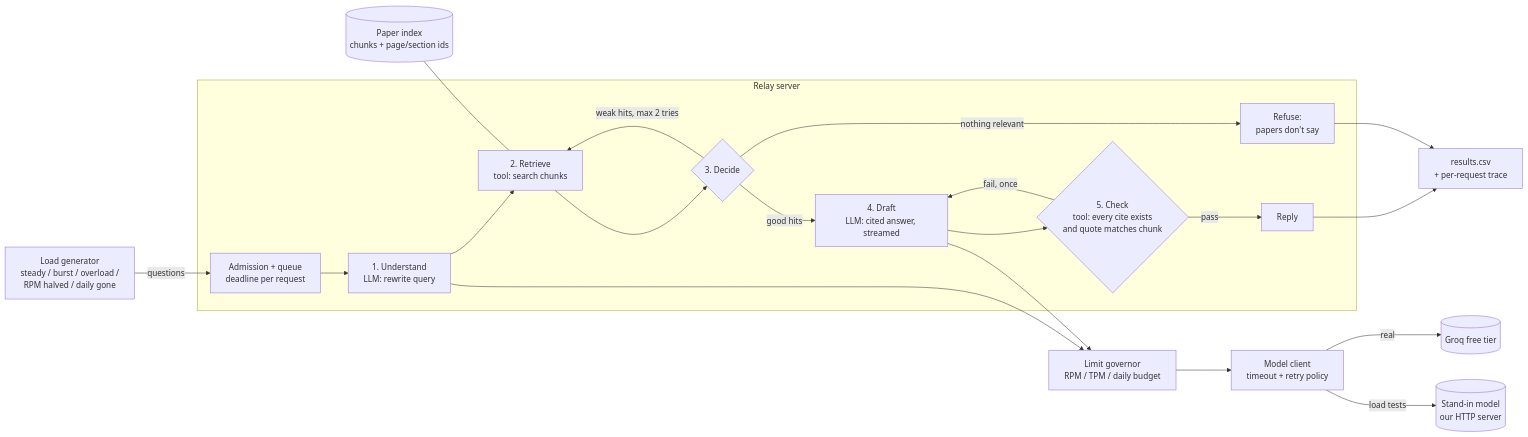
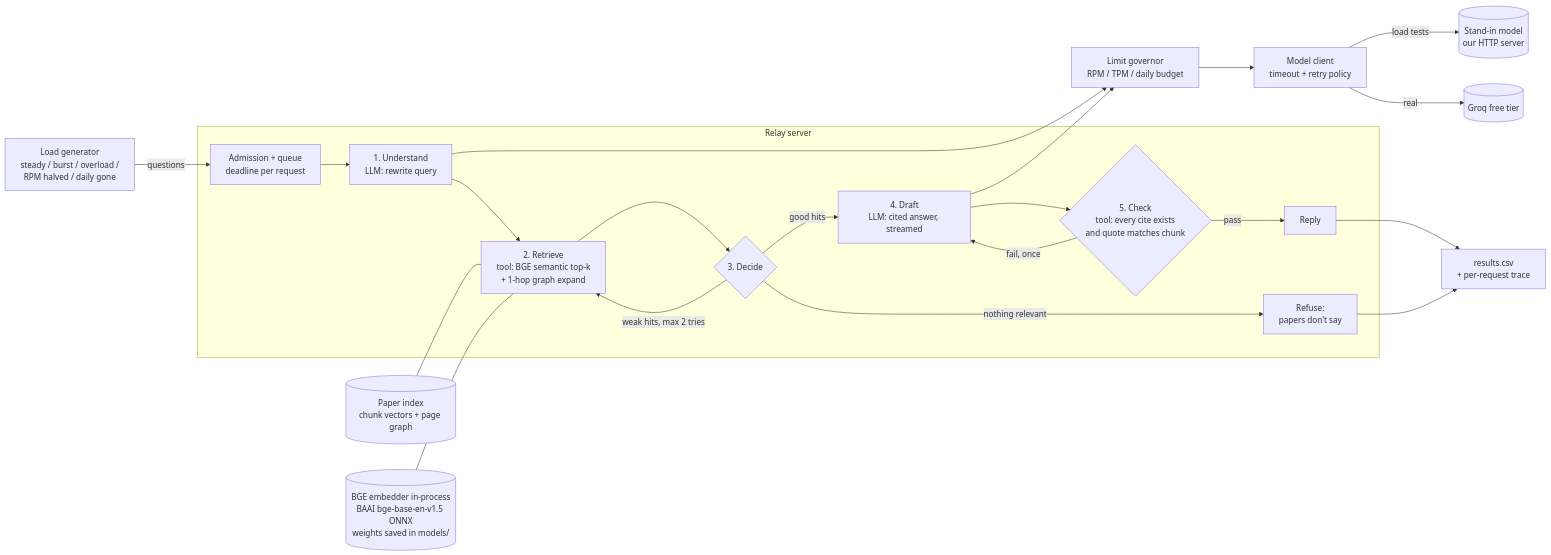
The diagram in Docs/ARCHITECTURE.md (Praroop1435/Vaani), drawn with Mermaid before and after one commit. The commit also changed other lines of this file and 22 other files, not shown here.

First line of the commit message:
Add Groq client, BGE embedder, paper ingest and LaTeX tables

````diff
--- a/Docs/ARCHITECTURE.md
+++ b/Docs/ARCHITECTURE.md
@@ -11,26 +11,27 @@
 ```mermaid
 flowchart LR
     LG[Load generator<br/>steady / burst / overload /<br/>RPM halved / daily gone] -->|questions| ADM
 
     subgraph RELAY[Relay server]
         ADM[Admission + queue<br/>deadline per request] --> P1
         P1[1. Understand<br/>LLM: rewrite query] --> P2
-        P2[2. Retrieve<br/>tool: search chunks] --> P3
+        P2[2. Retrieve<br/>tool: BGE semantic top-k<br/>+ 1-hop graph expand] --> P3
         P3{3. Decide}
         P3 -->|weak hits, max 2 tries| P2
         P3 -->|nothing relevant| REF[Refuse:<br/>papers don't say]
         P3 -->|good hits| P4
         P4[4. Draft<br/>LLM: cited answer, streamed] --> P5
         P5{5. Check<br/>tool: every cite exists<br/>and quote matches chunk}
         P5 -->|fail, once| P4
         P5 -->|pass| OUT[Reply]
     end
 
     P1 & P4 --> GOV[Limit governor<br/>RPM / TPM / daily budget]
     GOV --> MC[Model client<br/>timeout + retry policy]
     MC -->|real| GROQ[(Groq free tier)]
     MC -->|load tests| STUB[(Stand-in model<br/>our HTTP server)]
 
-    LIB[(Paper index<br/>chunks + page/section ids)] --- P2
+    LIB[(Paper index<br/>chunk vectors + page graph)] --- P2
+    EMB[(BGE embedder in-process<br/>BAAI bge-base-en-v1.5 ONNX<br/>weights saved in models/)] --- P2
     OUT & REF --> CSV[results.csv<br/>+ per-request trace]
 ```
````
